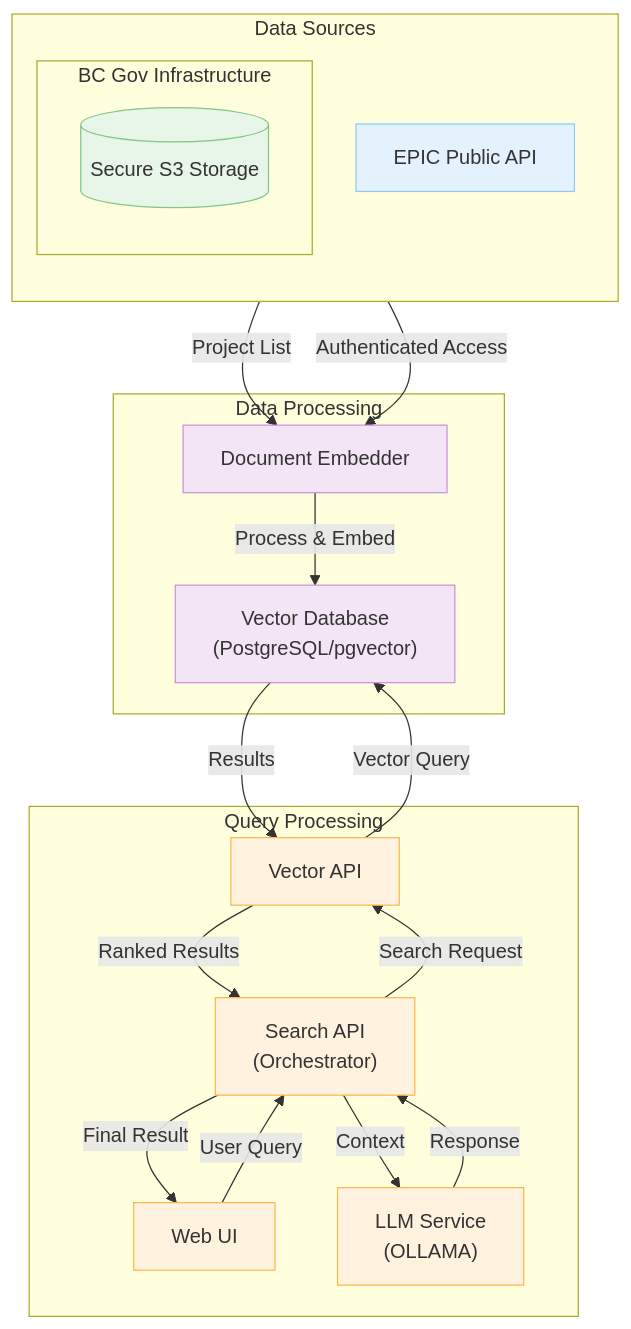
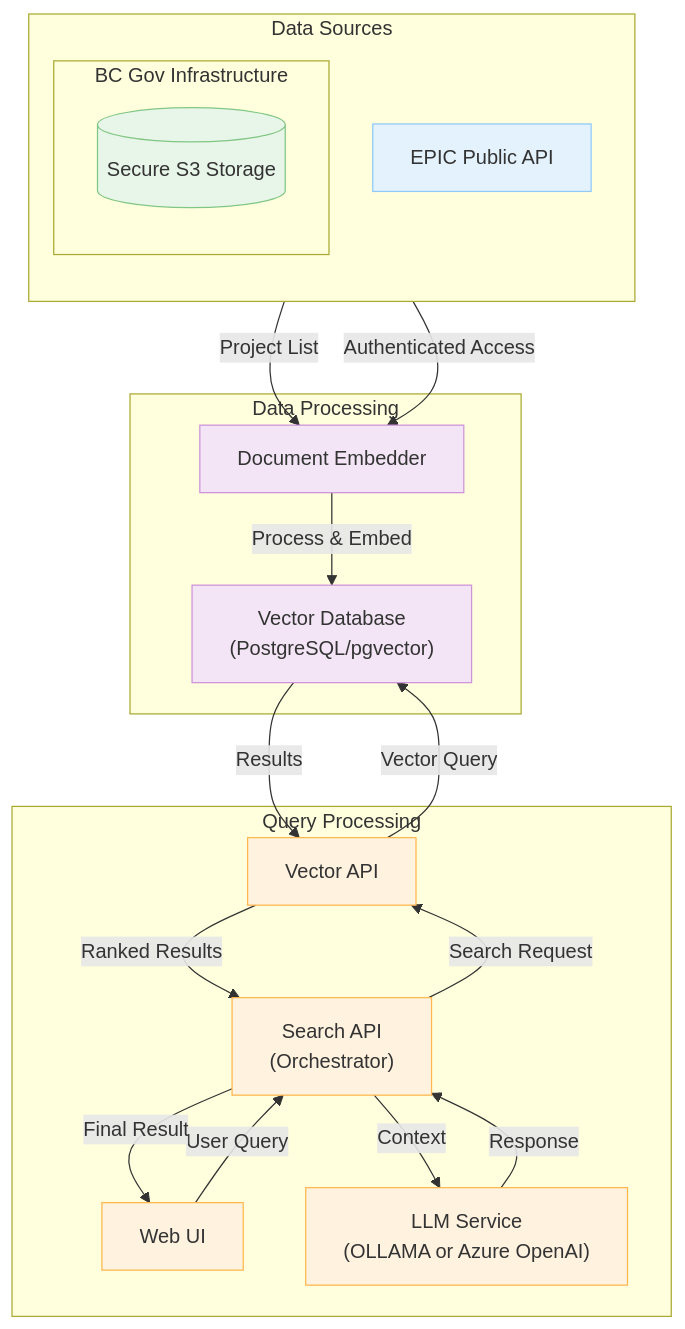
The first of 3 diagrams in documentation/DATAFLOW.md (bcgov/EPIC.search), drawn with Mermaid before and after one commit. The commit also changed other lines of this file and 3 other files, not shown here.

````diff
--- a/documentation/DATAFLOW.md
+++ b/documentation/DATAFLOW.md
@@ -15,48 +16,48 @@
 ```mermaid
 flowchart TB
     subgraph Public ["Data Sources"]
         EPIC["EPIC Public API"]
         direction TB
         subgraph Secure ["BC Gov Infrastructure"]
             S3[("Secure S3 Storage")]
         end
     end
 
     subgraph Processing ["Data Processing"]
         Embedder["Document Embedder"]
         VectorDB["Vector Database<br>(PostgreSQL/pgvector)"]
     end
 
     subgraph Query ["Query Processing"]
         UI["Web UI"]
         SearchAPI["Search API<br>(Orchestrator)"]
         VectorAPI["Vector API"]
-        LLM["LLM Service<br>(OLLAMA)"]
+        LLM["LLM Service<br>(OLLAMA or Azure OpenAI)"]
     end
 
     %% Data Ingestion Flow
     EPIC -->|Project List| Embedder
     S3 -->|Authenticated Access| Embedder
     Embedder -->|Process & Embed| VectorDB
 
     %% Query Flow
     UI -->|User Query| SearchAPI
     SearchAPI -->|Search Request| VectorAPI
     VectorAPI -->|Vector Query| VectorDB
     VectorDB -->|Results| VectorAPI
     VectorAPI -->|Ranked Results| SearchAPI
     SearchAPI -->|Context| LLM
     LLM -->|Response| SearchAPI
     SearchAPI -->|Final Result| UI
 
     %% Styling
     classDef public fill:#E3F2FD,stroke:#90CAF9,stroke-width:2px      %% Light Blue
     classDef secure fill:#E8F5E9,stroke:#81C784,stroke-width:2px      %% Light Green
     classDef process fill:#F3E5F5,stroke:#CE93D8,stroke-width:2px     %% Light Purple
     classDef query fill:#FFF3E0,stroke:#FFB74D,stroke-width:2px       %% Light Orange
     
     class EPIC public
     class S3 secure
     class Embedder,VectorDB process
     class UI,SearchAPI,VectorAPI,LLM query
 ```
````
